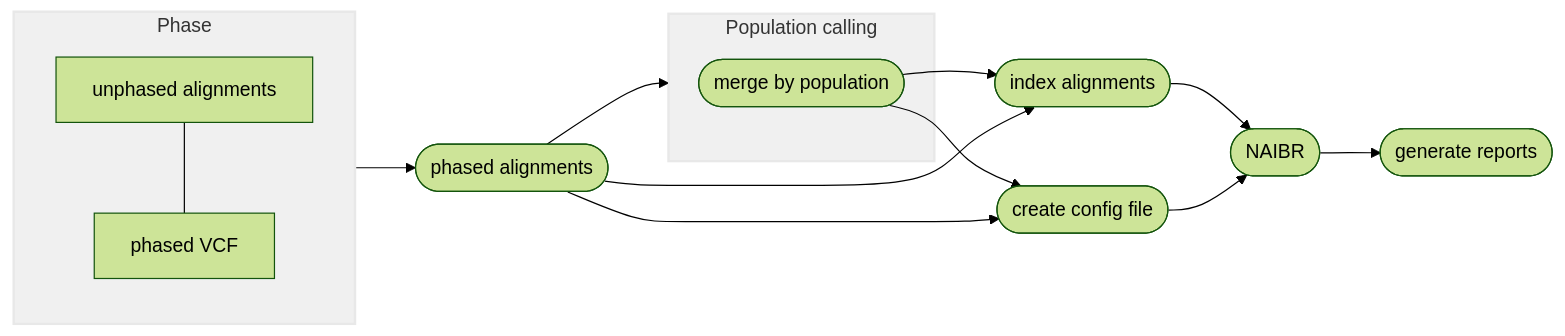
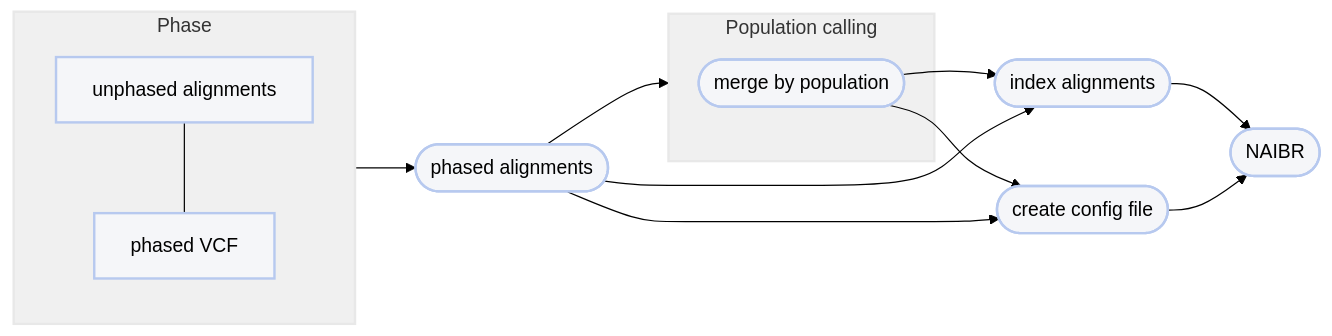
The second of 2 diagrams in Modules/SV/naibr.md (pdimens/harpy), drawn with Mermaid (forest theme) before and after one commit. The commit also changed other lines of this file and 11 other files, not shown here.

Commit message:
update all mermaids

````diff
--- a/Modules/SV/naibr.md
+++ b/Modules/SV/naibr.md
@@ -137,20 +142,21 @@
 ```mermaid
 graph LR
     subgraph id1 ["Phase"]
-    aln[unphased alignments]---vcf[phased VCF]
+        aln[unphased alignments]:::clean---vcf[phased VCF]:::clean
     end
-    id1-->phased([phased alignments])
+    id1-->phased([phased alignments]):::clean
     subgraph id2 ["Population calling"]
-    popsplit([merge by population])
+        popsplit([merge by population]):::clean
     end
     phased-->id2
     popsplit-->A
     phased-->A
-    A([index alignments]) --> B([NAIBR])
-    Z([create config file]) --> B
+    A([index alignments]):::clean --> B([NAIBR]):::clean
+    Z([create config file]):::clean --> B
     popsplit --> Z
     phased --> Z
-    B-->C([generate reports])
+    
     style id2 fill:#f0f0f0,stroke:#e8e8e8,stroke-width:2px
     style id1 fill:#f0f0f0,stroke:#e8e8e8,stroke-width:2px
+    classDef clean fill:#f5f6f9,stroke:#b7c9ef,stroke-width:2px
 ```
````
